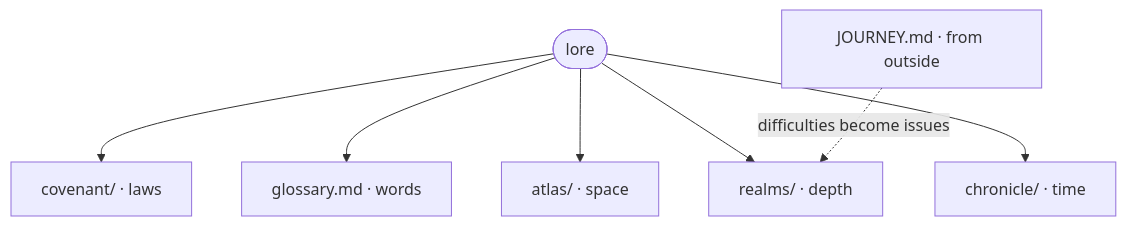
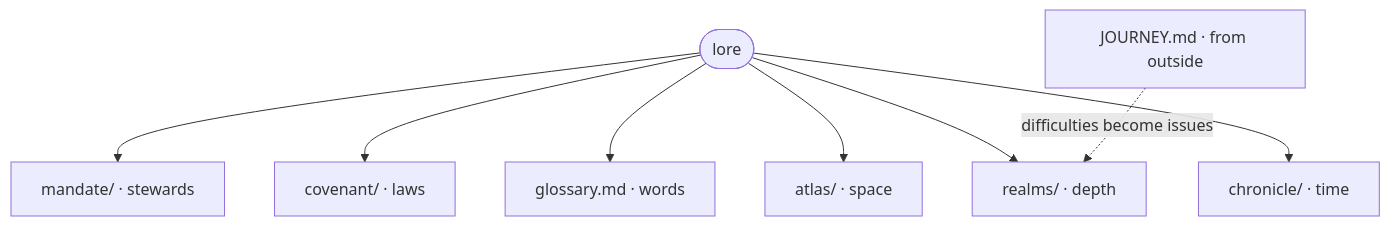
Before and after one commit to devneet-id/lore: the first of 5 diagrams in atlas/README.md, drawn with Mermaid. The commit also changed other lines of this file and 16 other files, not shown here.

````diff
--- a/atlas/README.md
+++ b/atlas/README.md
@@ -11,10 +11,11 @@
 ```mermaid
 graph TD
     LORE([lore])
+    LORE --> MAN["mandate/ · stewards"]
     LORE --> COV["covenant/ · laws"]
     LORE --> GLO["glossary.md · words"]
     LORE --> ATL["atlas/ · space"]
     LORE --> REA["realms/ · depth"]
     LORE --> CHR["chronicle/ · time"]
     JOU["JOURNEY.md · from outside"] -.->|difficulties become issues| REA
 ```
````
